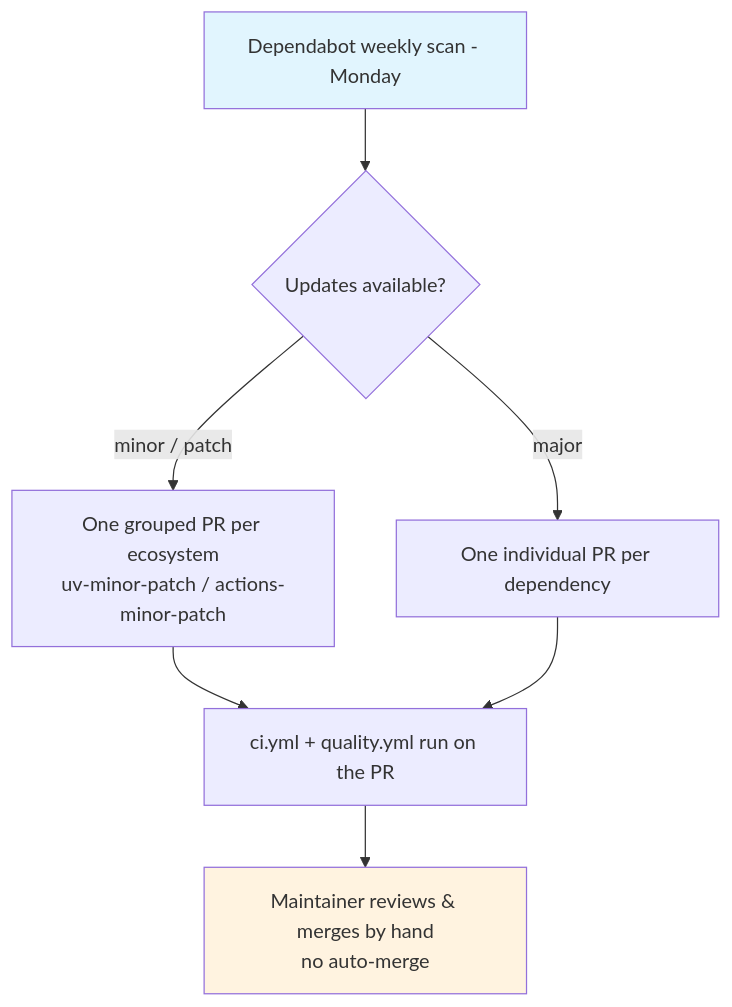
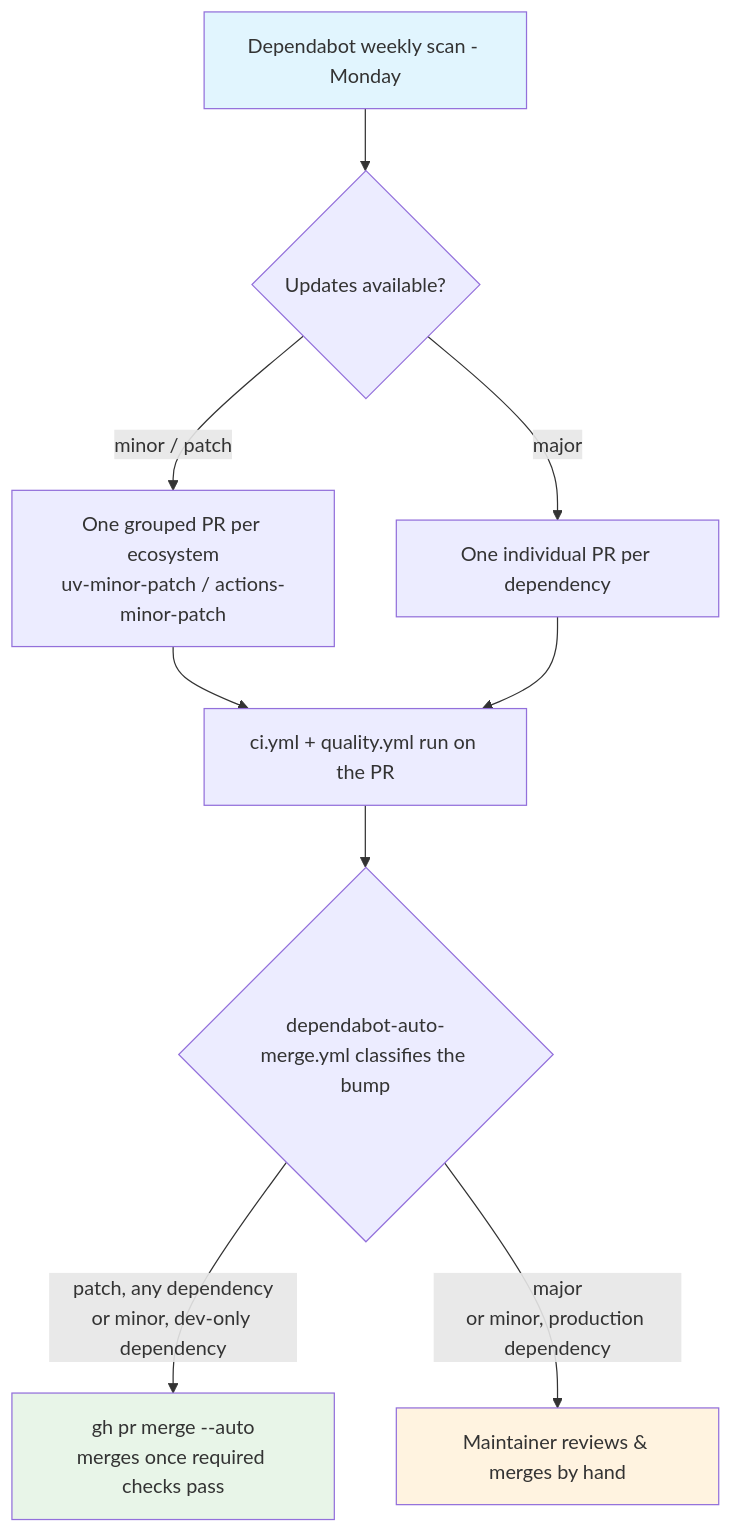
The diagram in spec/spec-process-cicd-dependabot.md (davidouagne/datahub-yaml-source), drawn with Mermaid before and after one commit. The commit also changed other lines of this file and 4 other files, not shown here.

First line of the commit message:
ci: add Dependabot auto-merge for low-risk bumps

````diff
--- a/spec/spec-process-cicd-dependabot.md
+++ b/spec/spec-process-cicd-dependabot.md
@@ -28,12 +30,15 @@
 ```mermaid
 graph TD
     A[Dependabot weekly scan - Monday] --> B{Updates available?}
     B -->|minor / patch| C[One grouped PR per ecosystem<br/>uv-minor-patch / actions-minor-patch]
     B -->|major| D[One individual PR per dependency]
     C --> E[ci.yml + quality.yml run on the PR]
     D --> E
-    E --> F[Maintainer reviews & merges by hand<br/>no auto-merge]
+    E --> G{dependabot-auto-merge.yml classifies the bump}
+    G -->|patch, any dependency<br/>or minor, dev-only dependency| H[gh pr merge --auto<br/>merges once required checks pass]
+    G -->|major<br/>or minor, production dependency| F[Maintainer reviews & merges by hand]
 
     style A fill:#e1f5fe
     style F fill:#fff3e0
+    style H fill:#e8f5e8
 ```
````
